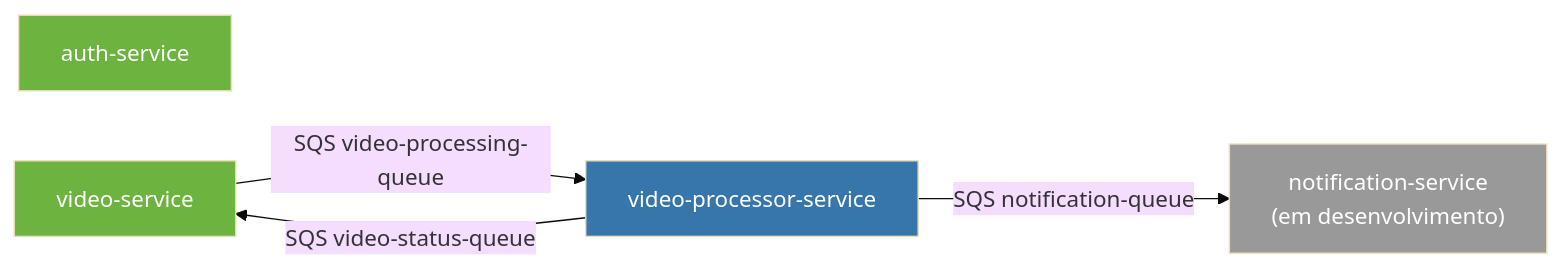
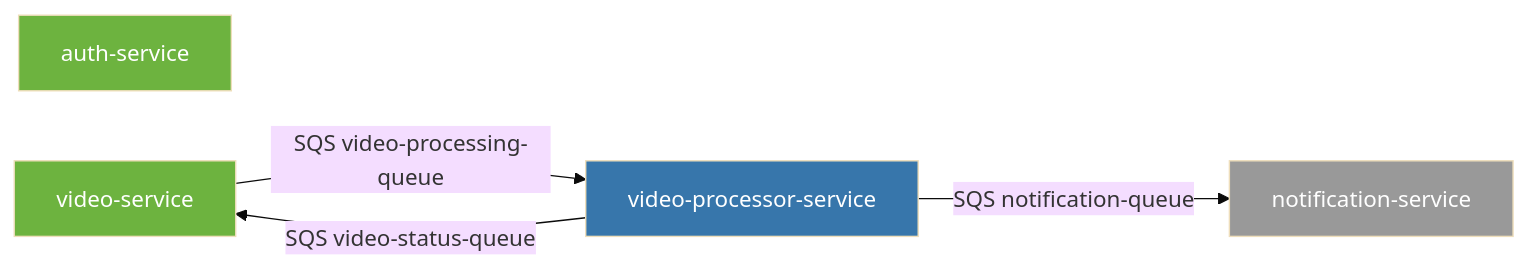
One commit to NullPointerXp/.github changed the second of 6 diagrams in profile/README.md. Above: the diagram before and after it, drawn with Mermaid (base theme). The commit also changed other lines of this file, not shown here.

First line of the commit message:
Update notification-service status in README

````diff
--- a/profile/README.md
+++ b/profile/README.md
@@ -332,16 +332,16 @@
 ```mermaid
 graph LR
     Auth["auth-service"]
     Video["video-service"]
     Processor["video-processor-service"]
-    Notif["notification-service<br/>(em desenvolvimento)"]
+    Notif["notification-service<br/>"]
 
     Video -->|"SQS video-processing-queue"| Processor
     Processor -->|"SQS video-status-queue"| Video
     Processor -->|"SQS notification-queue"| Notif
 
     style Auth fill:#6DB33F,color:#fff
     style Video fill:#6DB33F,color:#fff
     style Processor fill:#3776ab,color:#fff
     style Notif fill:#999,color:#fff
 ```
````
